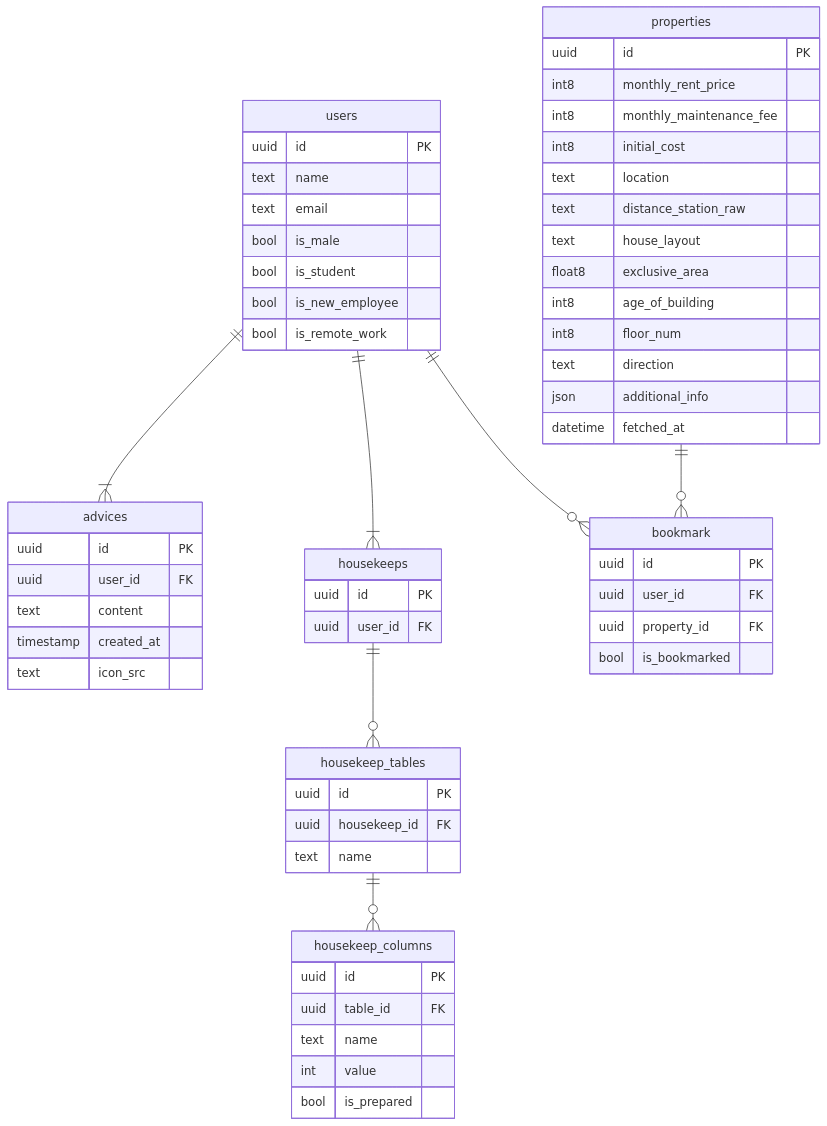
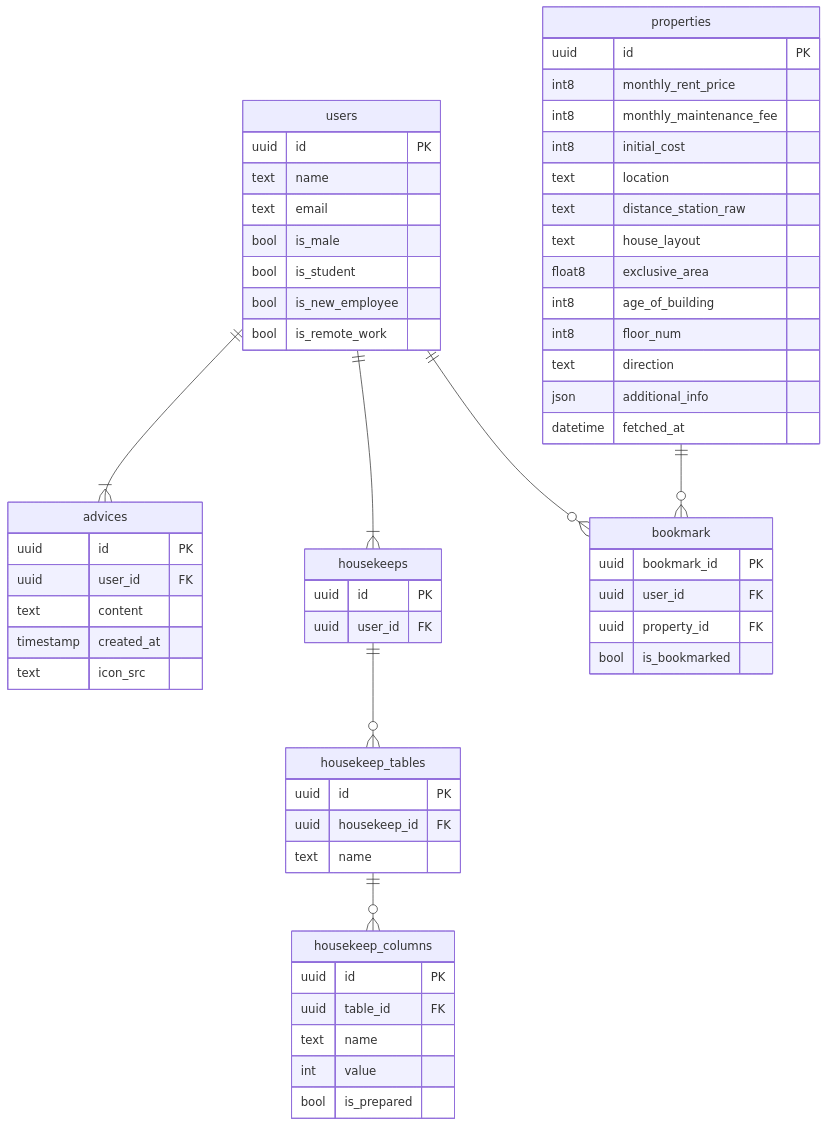
The diagram in docs/ER.md (project-hikkoshiori/hikkoshiori), drawn with Mermaid before and after one commit. The commit also changed 5 other files, not shown here.

````diff
--- a/docs/ER.md
+++ b/docs/ER.md
@@ -1,72 +1,72 @@
 ```mermaid
 erDiagram
 
     users ||--|{ advices: ""
     users ||--|{ housekeeps: ""
     users ||--o{ bookmark: ""
     housekeeps ||--o{ housekeep_tables: ""
     housekeep_tables ||--o{ housekeep_columns: ""
     properties ||--o{ bookmark: ""
 
     users {
         uuid id PK
         text name
         text email
         bool is_male
         bool is_student
         bool is_new_employee
         bool is_remote_work
     }
 
     advices {
         uuid id PK
         uuid user_id FK
         text content
         timestamp created_at
         text icon_src
     }
 
     housekeeps {
         uuid id PK
         uuid user_id FK
     }
 
     housekeep_tables {
         uuid id PK
         uuid housekeep_id FK
         text name
     }
 
     housekeep_columns {
         uuid id PK
         uuid table_id FK
         text name
         int value
         bool is_prepared
     }
 
 
     bookmark{
-        uuid id PK
+        uuid bookmark_id PK
         uuid user_id FK
         uuid property_id FK
         bool is_bookmarked
     }
 
     properties{
         uuid id PK
         int8 monthly_rent_price
         int8 monthly_maintenance_fee
         int8 initial_cost
         text location
         text distance_station_raw
         text house_layout
         float8 exclusive_area
         int8 age_of_building
         int8 floor_num
         text direction
         json additional_info
         datetime fetched_at
     }
 
 ```
````
